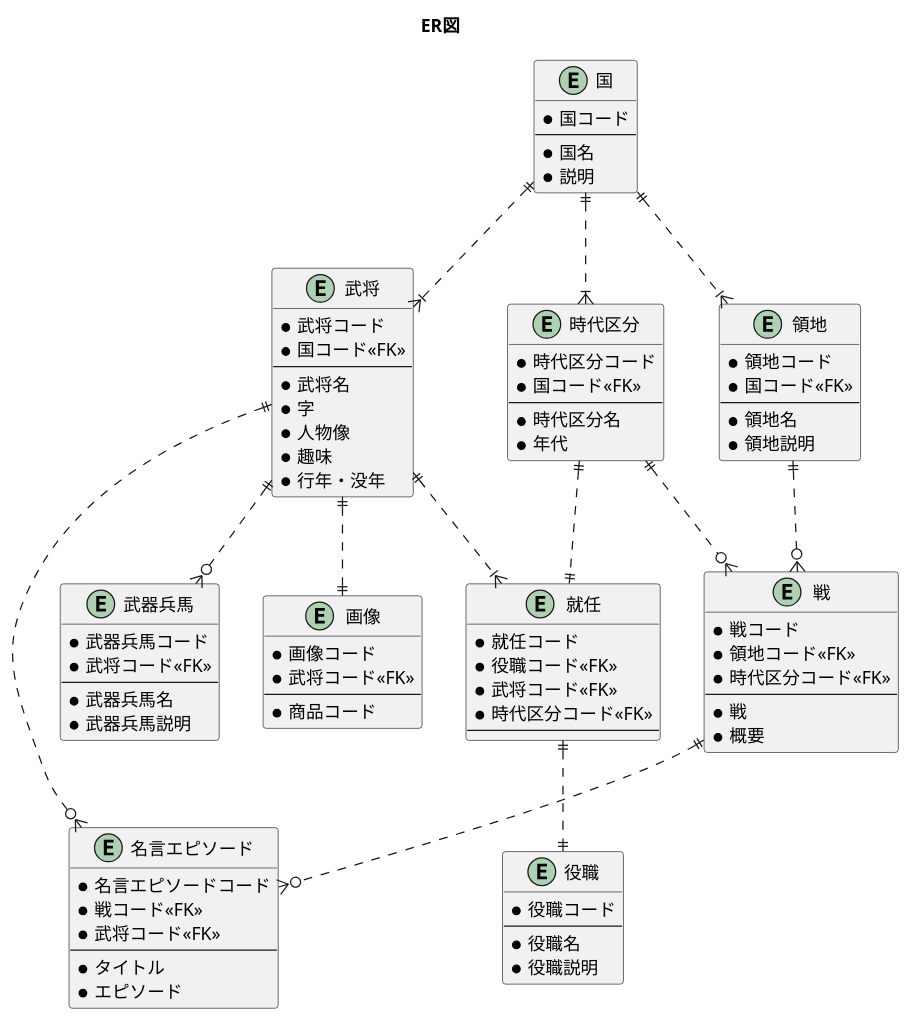
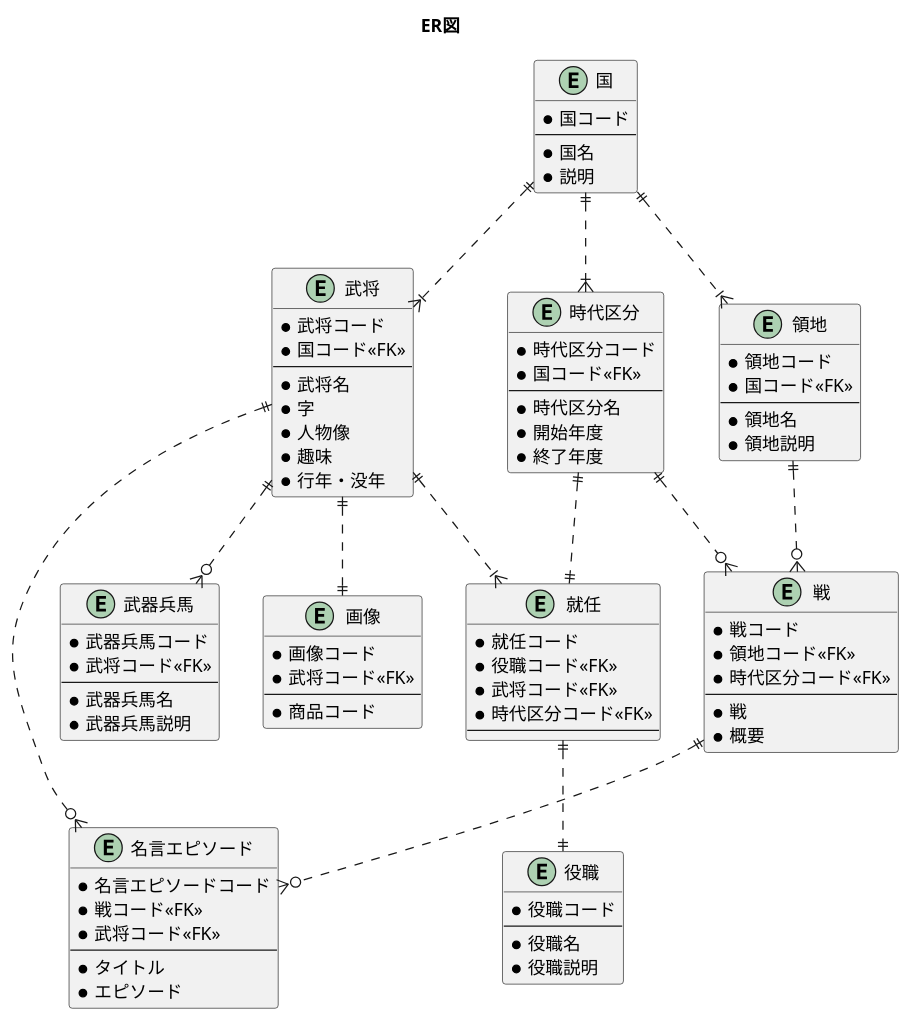
Before and after one commit to pnskh112/sangokushi-api-document: the diagram in 30_design/dd/dd_sangokushiApi/dd_er_diagram.md, drawn with PlantUML. The commit also changed 2 other files, not shown here.

Commit message:
ER図を修正

```diff
--- a/30_design/dd/dd_sangokushiApi/dd_er_diagram.md
+++ b/30_design/dd/dd_sangokushiApi/dd_er_diagram.md
@@ -16,7 +16,8 @@
   * 国コード<<FK>>
   --
   * 時代区分名
-  * 年代
+  * 開始年度
+  * 終了年度
 }
 
 entity 国{
```
